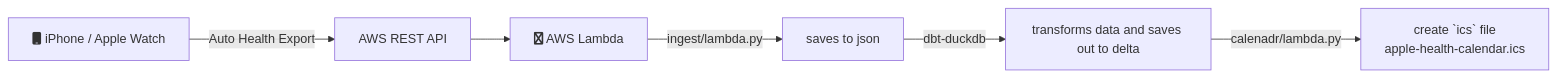
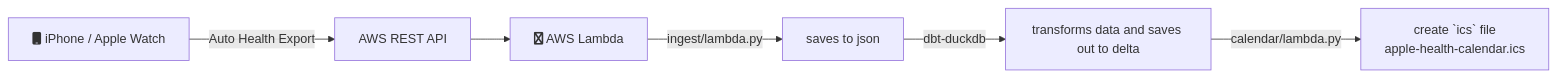
Before and after one commit to namtonthat/apple-health-data: the diagram in README.md, drawn with Mermaid.

Commit message:
Fix calendar path in Mermaid diagram

````diff
--- a/README.md
+++ b/README.md
@@ -15,8 +15,8 @@
 ```mermaid
 graph LR
     A[fa:fa-mobile iPhone / Apple Watch] -->|Auto Health Export|B
     B[AWS REST API] --> C[fa:fa-aws AWS Lambda]
     C -->|ingest/lambda.py| D[saves to json]
     D -->|dbt-duckdb| E[transforms data and saves out to delta]
-    E -->|calenadr/lambda.py| F[create `ics` file <br> apple-health-calendar.ics]
+    E -->|calendar/lambda.py| F[create `ics` file <br> apple-health-calendar.ics]
 ```
````
